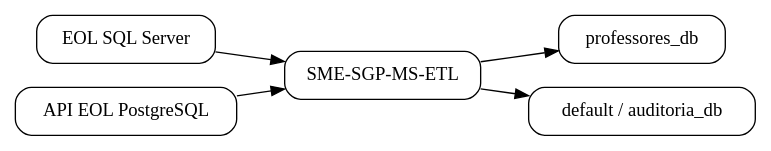
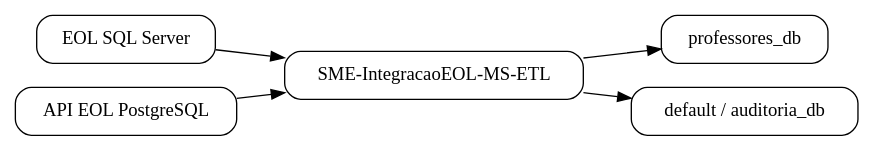
The diagram in docs/index.md (prefeiturasp/SME-IntegracaoEOL-MS-ETL), drawn with Graphviz before and after one commit. The commit also changed other lines of this file and 7 other files, not shown here.

````diff
--- a/docs/index.md
+++ b/docs/index.md
@@ -25,17 +25,17 @@
 ```{graphviz}
 digraph G {
     rankdir=LR;
     node [shape=box, style="rounded"];
 
     EOL [label="EOL SQL Server"];
     APIEOL [label="API EOL PostgreSQL"];
-    ETL [label="SME-SGP-MS-ETL"];
+    ETL [label="SME-IntegracaoEOL-MS-ETL"];
     PROF [label="professores_db"];
     AUD [label="default / auditoria_db"];
 
     EOL -> ETL;
     APIEOL -> ETL;
     ETL -> PROF;
     ETL -> AUD;
 }
 ```
````
